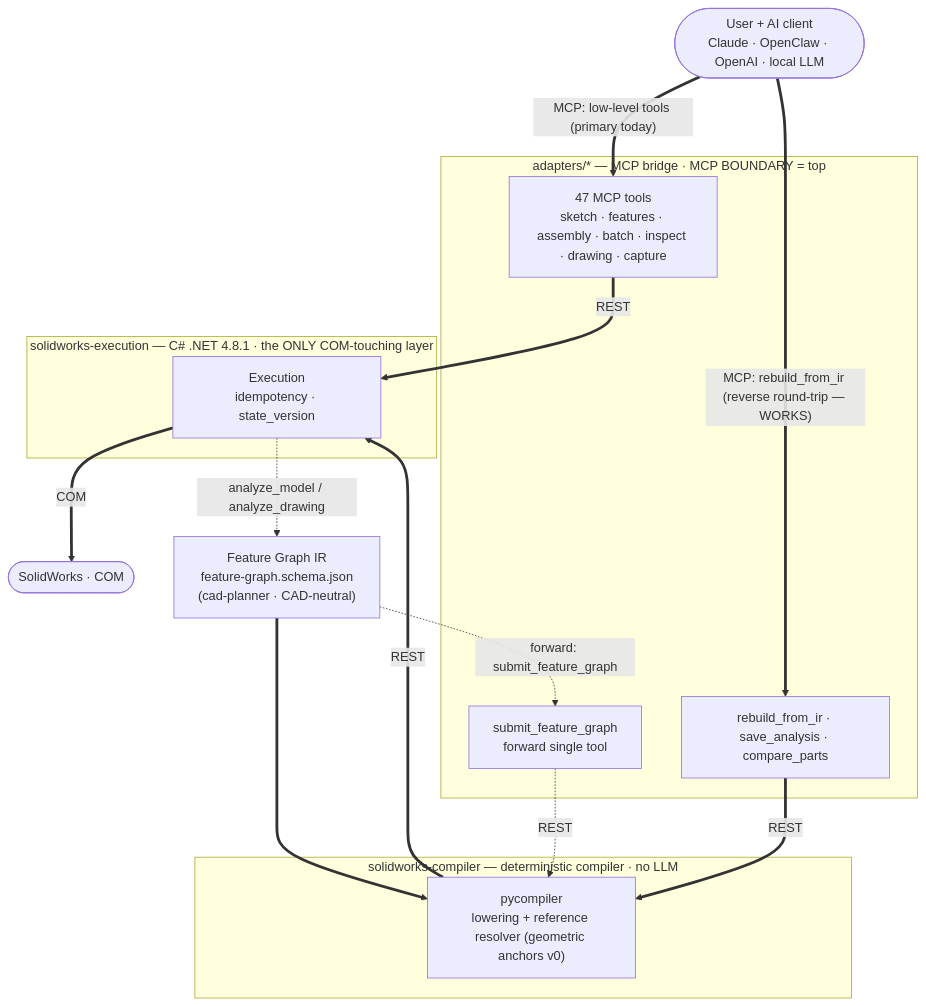
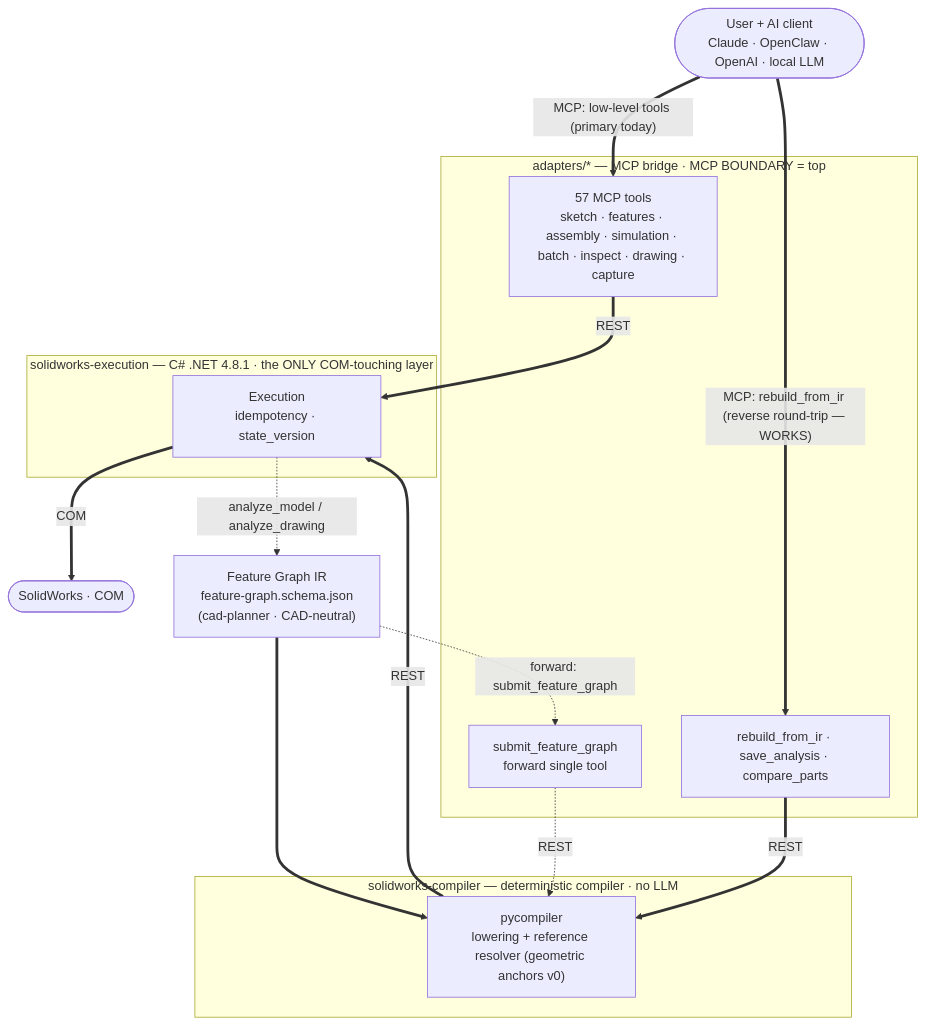
The diagram in README.md (Bennyco86/q3ds-solidworks-mcp), drawn with Mermaid before and after one commit. The commit also changed other lines of this file and 12 other files, not shown here.

````diff
--- a/README.md
+++ b/README.md
@@ -50,38 +52,38 @@
 ```mermaid
 flowchart TD
     U(["User + AI client<br/>Claude · OpenClaw · OpenAI · local LLM"])
 
     subgraph ADAPT["adapters/* — MCP bridge · MCP BOUNDARY = top"]
-        LOW["47 MCP tools<br/>sketch · features · assembly · batch · inspect · drawing · capture"]
+        LOW["57 MCP tools<br/>sketch · features · assembly · simulation · batch · inspect · drawing · capture"]
         RIR["rebuild_from_ir · save_analysis · compare_parts"]
         SFG["submit_feature_graph<br/>forward single tool"]
     end
 
     IR["Feature Graph IR<br/>feature-graph.schema.json<br/>(cad-planner · CAD-neutral)"]
 
     subgraph COMP["solidworks-compiler — deterministic compiler · no LLM"]
         CO["pycompiler<br/>lowering + reference resolver (geometric anchors v0)"]
     end
 
     subgraph EXE["solidworks-execution — C# .NET 4.8.1 · the ONLY COM-touching layer"]
         EX["Execution<br/>idempotency · state_version"]
     end
 
     SW(["SolidWorks · COM"])
 
     %% Working today (thick)
     U == "MCP: low-level tools (primary today)" ==> LOW
     LOW == "REST" ==> EX
     U == "MCP: rebuild_from_ir (reverse round-trip — WORKS)" ==> RIR
     IR ==> CO
     RIR == "REST" ==> CO
     CO == "REST" ==> EX
     EX == "COM" ==> SW
 
     %% Reverse discovery step: read an existing part → propose an IR
     EX -. "analyze_model / analyze_drawing" .-> IR
 
     %% Planned forward collapse (dashed)
     IR -. "forward: submit_feature_graph" .-> SFG
     SFG -. "REST" .-> CO
 ```
````
